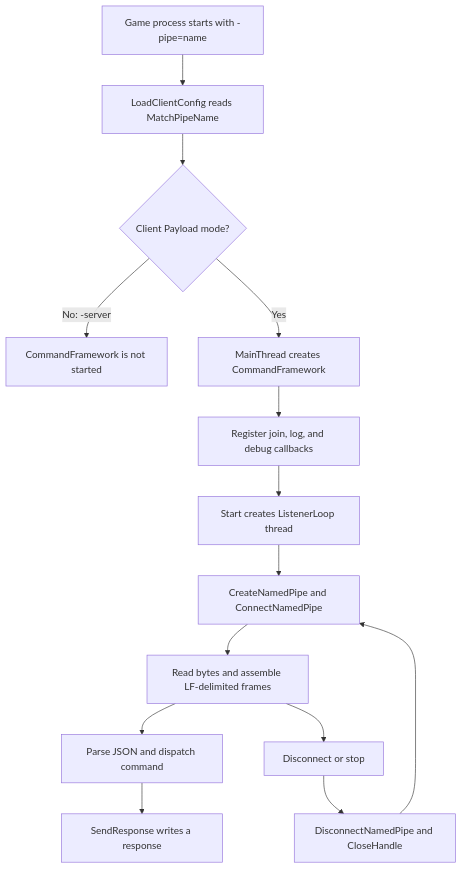
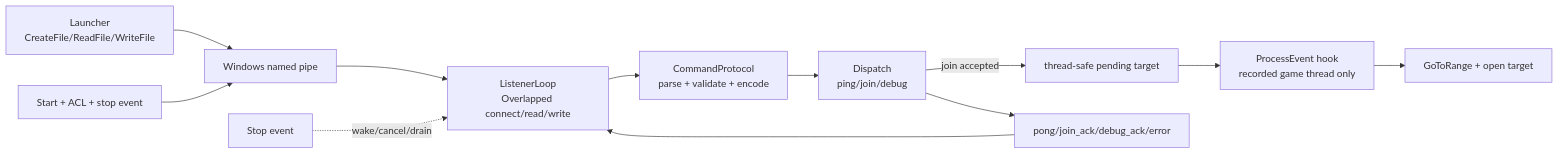
One commit to Dubnium-105/ProjectRebound changed the diagram in docs/architecture/command-framework-code-analysis.md. Above: the diagram before and after it, drawn with Mermaid. The commit also changed other lines of this file and 17 other files, not shown here.

````diff
--- a/docs/architecture/command-framework-code-analysis.md
+++ b/docs/architecture/command-framework-code-analysis.md
@@ -57,16 +32,14 @@
 ```mermaid
-flowchart TD
-    A["Game process starts with -pipe=name"] --> B["LoadClientConfig reads MatchPipeName"]
-    B --> C{"Client Payload mode?"}
-    C -- "No: -server" --> D["CommandFramework is not started"]
-    C -- "Yes" --> E["MainThread creates CommandFramework"]
-    E --> F["Register join, log, and debug callbacks"]
-    F --> G["Start creates ListenerLoop thread"]
-    G --> H["CreateNamedPipe and ConnectNamedPipe"]
-    H --> I["Read bytes and assemble LF-delimited frames"]
-    I --> J["Parse JSON and dispatch command"]
-    J --> K["SendResponse writes a response"]
-    I --> L["Disconnect or stop"]
-    L --> M["DisconnectNamedPipe and CloseHandle"]
-    M --> H
+flowchart LR
+    L["Launcher\nCreateFile/ReadFile/WriteFile"] --> K["Windows named pipe"]
+    S["Start + ACL + stop event"] --> K
+    K --> IO["ListenerLoop\nOverlapped connect/read/write"]
+    IO --> P["CommandProtocol\nparse + validate + encode"]
+    P --> D["Dispatch\nping/join/debug"]
+    D -->|"join accepted"| Q["thread-safe pending target"]
+    Q --> H["ProcessEvent hook\nrecorded game thread only"]
+    H --> U["GoToRange + open target"]
+    D --> R["pong/join_ack/debug_ack/error"]
+    R --> IO
+    E["Stop event"] -. "wake/cancel/drain" .-> IO
 ```
````
